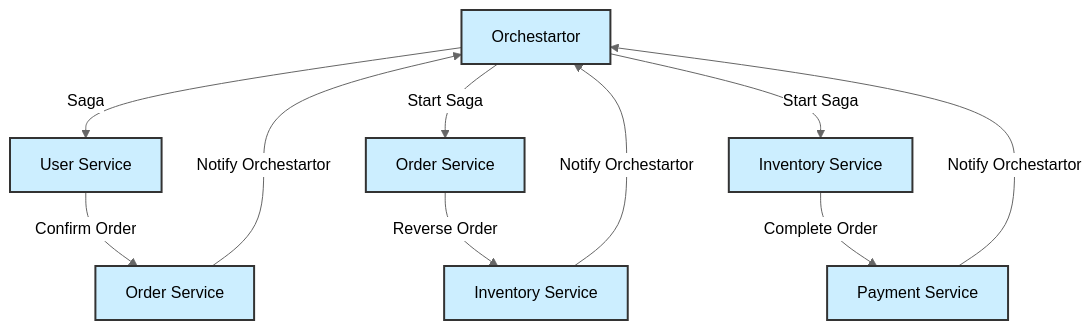
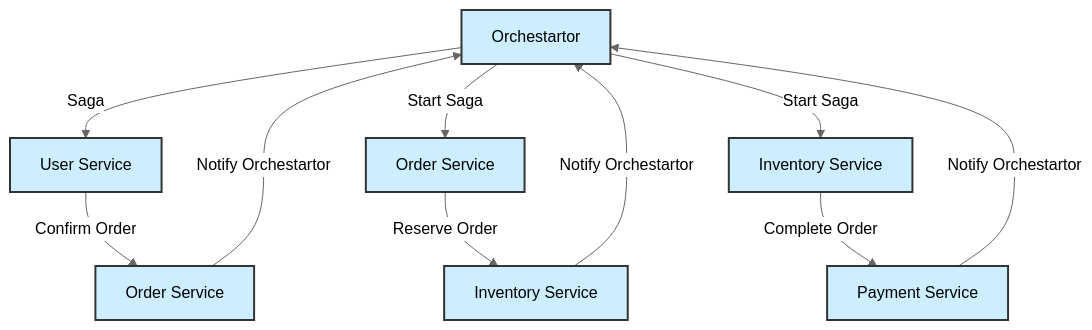
One commit to firozkhan18/technologies-notes changed the second of 3 diagrams in Saga.md. Above: the diagram before and after it, drawn with Mermaid (neutral theme). The commit also changed other lines of this file, not shown here.

````diff
--- a/Saga.md
+++ b/Saga.md
@@ -13,21 +13,21 @@
 ```mermaid
 
 graph TD;
     A[Orchestartor] -->|Saga| B[User Service]
     A -->|Start Saga| C[Order Service]
     A -->|Start Saga| D[Inventory Service]
     B -->|Confirm Order| E[Order Service]
-    C -->|Reverse Order| F[Inventory Service]
+    C -->|Reserve Order| F[Inventory Service]
     D -->|Complete Order| G[Payment Service]
     E -->|Notify Orchestartor| A
     F -->|Notify Orchestartor| A
     G -->|Notify Orchestartor| A
 
 style A fill:#cef, stroke:#333, stroke-width:2px;
 style B fill:#cef, stroke:#333, stroke-width:2px;
 style C fill:#cef, stroke:#333, stroke-width:2px;
 style D fill:#cef, stroke:#333, stroke-width:2px;
 style E fill:#cef, stroke:#333, stroke-width:2px;
 style F fill:#cef, stroke:#333, stroke-width:2px;
 style G fill:#cef, stroke:#333, stroke-width:2px;
 ```
````
